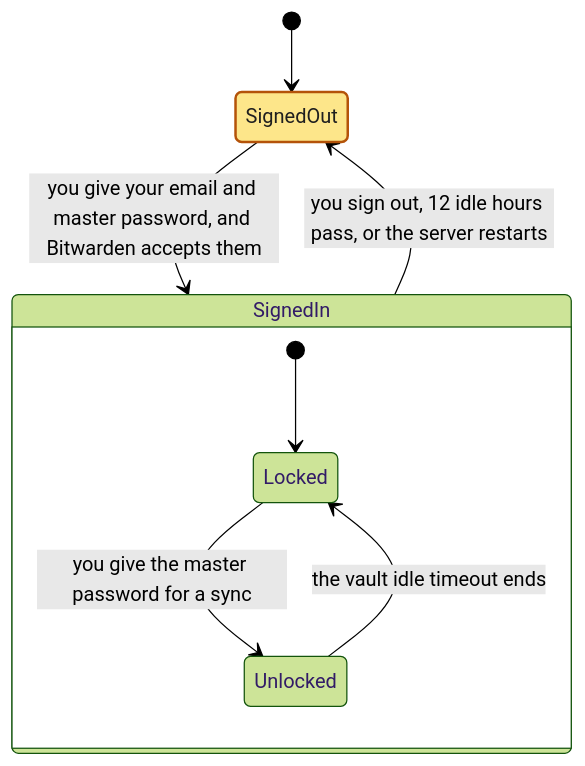
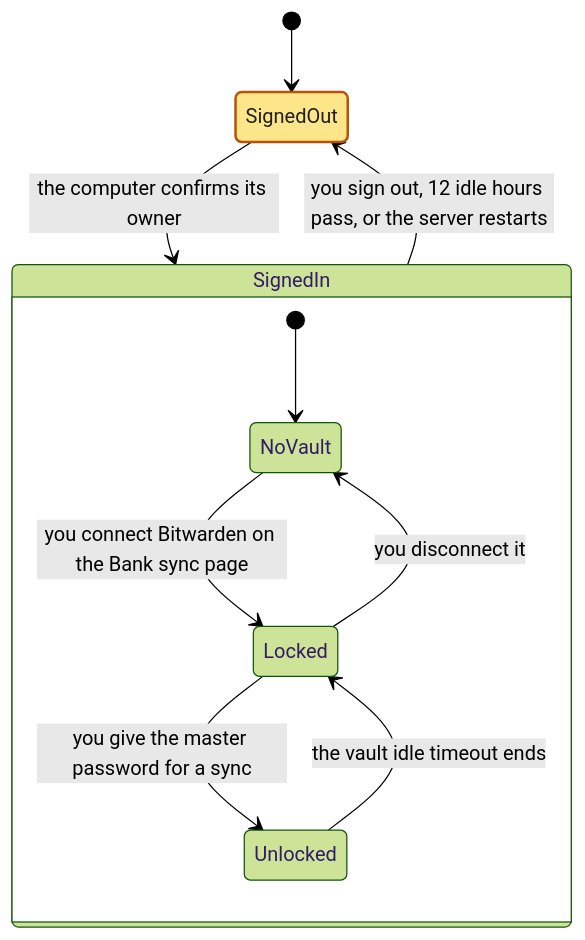
The second of 2 diagrams in docs/architecture/access.md (spinningyoyo/omsync), drawn with Mermaid (forest theme) before and after one commit. The commit also changed other lines of this file and 55 other files, not shown here.

First line of the commit message:
feat(access): sign in with the computer's owner check and make the vault optional

````diff
--- a/docs/architecture/access.md
+++ b/docs/architecture/access.md
@@ -22,13 +21,15 @@
 ```mermaid
 stateDiagram-v2
     [*] --> SignedOut
-    SignedOut --> SignedIn: you give your email and master password, and Bitwarden accepts them
+    SignedOut --> SignedIn: the computer confirms its owner
     SignedIn --> SignedOut: you sign out, 12 idle hours pass, or the server restarts
     state SignedIn {
-        [*] --> Locked
+        [*] --> NoVault
+        NoVault --> Locked: you connect Bitwarden on the Bank sync page
+        Locked --> NoVault: you disconnect it
         Locked --> Unlocked: you give the master password for a sync
         Unlocked --> Locked: the vault idle timeout ends
     }
     class SignedOut waits
     classDef waits fill:#fde68a,stroke:#b45309,stroke-width:2px,color:#1f1f1f
 ```
````
